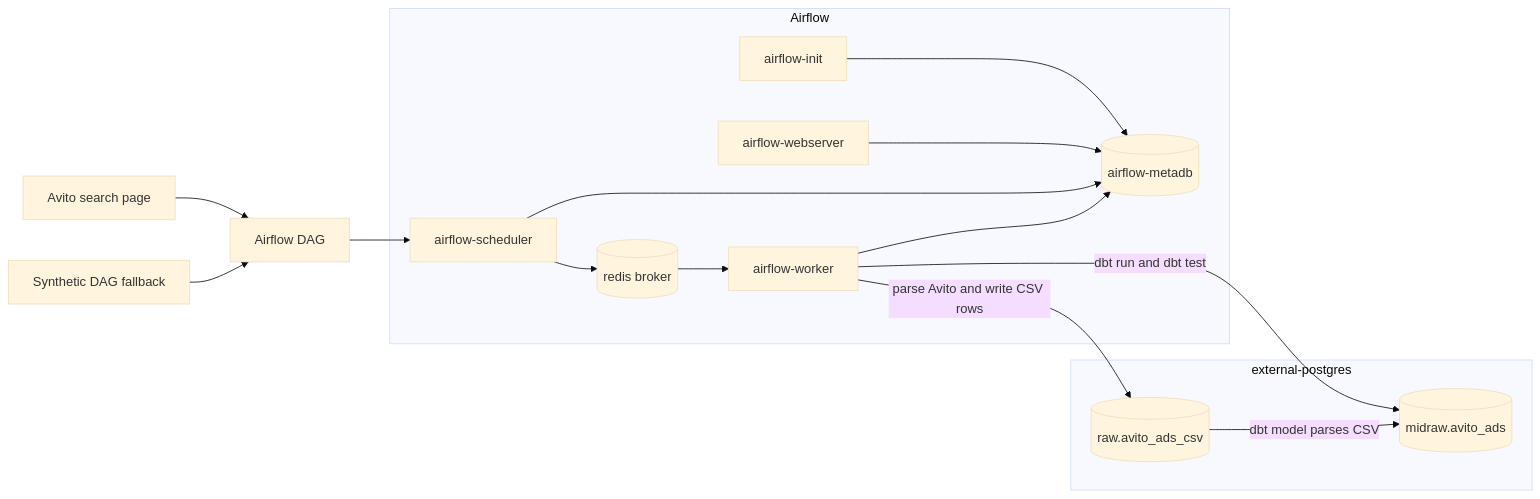
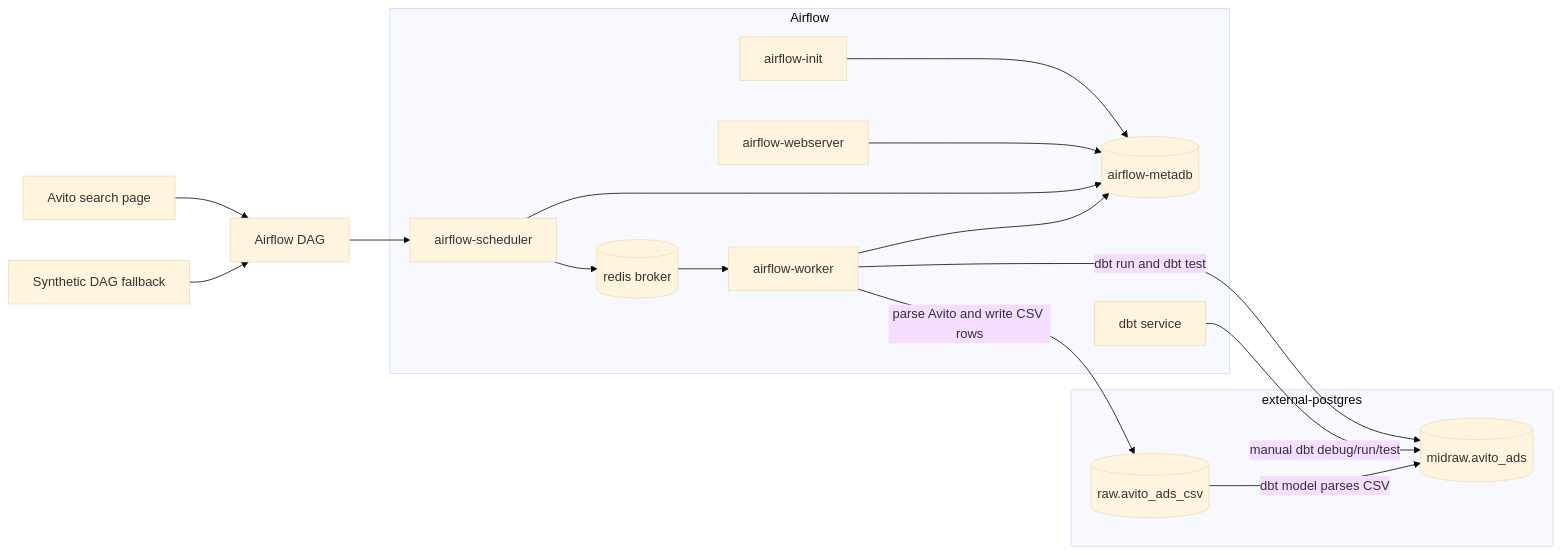
The diagram in README.md (yury556/avito_parser), drawn with Mermaid (base theme) before and after one commit. The commit also changed other lines of this file and 2 other files, not shown here.

Commit message:
Document Airflow and dbt service workflow

````diff
--- a/README.md
+++ b/README.md
@@ -30,31 +31,33 @@
 ```mermaid
 flowchart LR
     Avito["Avito search page"] --> DAG["Airflow DAG"]
     Synthetic["Synthetic DAG fallback"] --> DAG
 
     subgraph Airflow
         Init["airflow-init"]
         Web["airflow-webserver"]
         MetaDB[("airflow-metadb")]
         Scheduler["airflow-scheduler"]
         Redis[("redis broker")]
         Worker["airflow-worker"]
+        DbtService["dbt service"]
 
         Init --> MetaDB
         Web --> MetaDB
         Scheduler --> MetaDB
         Scheduler --> Redis
         Redis --> Worker
         Worker --> MetaDB
     end
 
     subgraph ExternalPostgres["external-postgres"]
         Raw[("raw.avito_ads_csv")]
         Midraw[("midraw.avito_ads")]
     end
 
     DAG --> Scheduler
     Worker -->|"parse Avito and write CSV rows"| Raw
     Worker -->|"dbt run and dbt test"| Midraw
+    DbtService -->|"manual dbt debug/run/test"| Midraw
     Raw -->|"dbt model parses CSV"| Midraw
 ```
````
